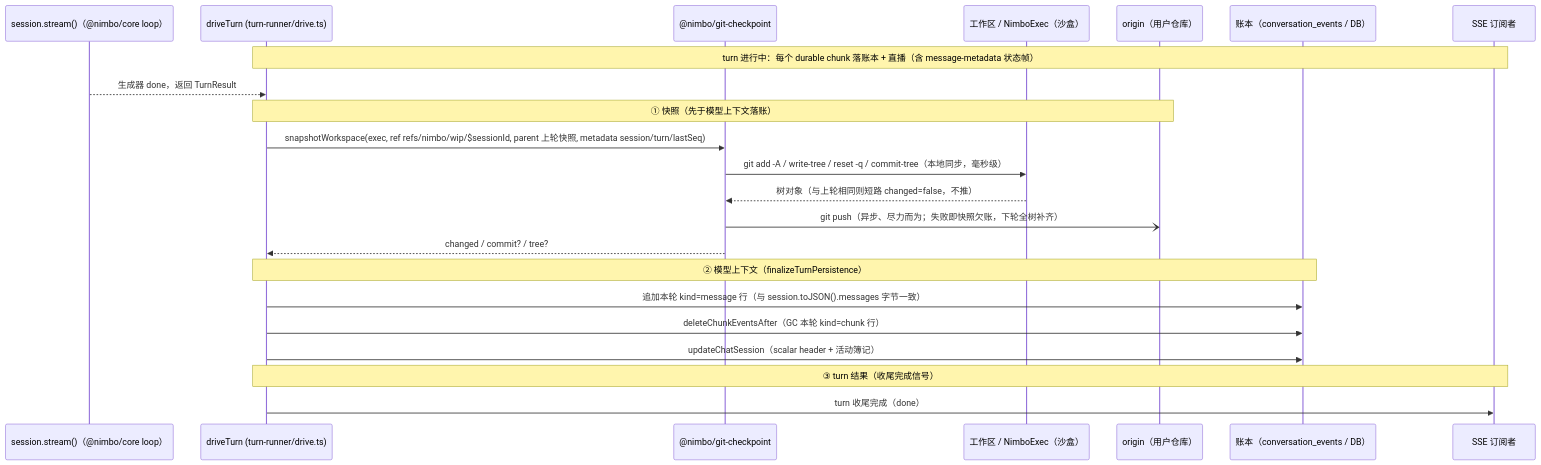
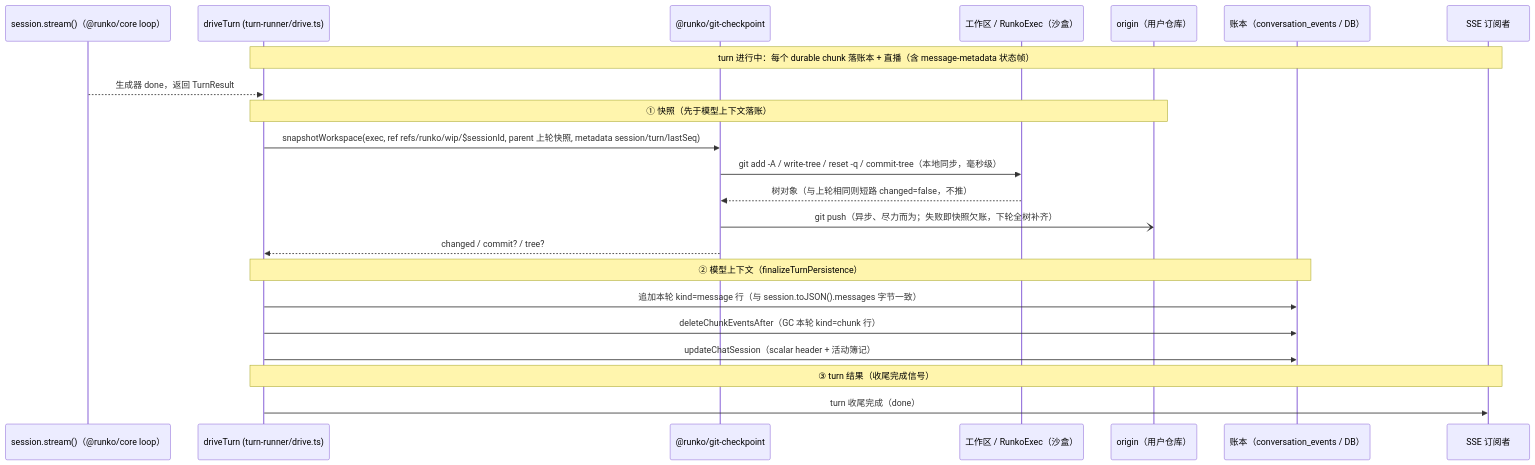
The first of 2 diagrams in docs/logic/orchestration/tech/turn-checkpoint.md (ludafa/runko), drawn with Mermaid before and after one commit. The commit also changed other lines of this file and 450 other files, not shown here.

First line of the commit message:
refactor: 全仓库改名 nimbo → runko，库表名改用 agent_ 前缀

````diff
--- a/docs/logic/orchestration/tech/turn-checkpoint.md
+++ b/docs/logic/orchestration/tech/turn-checkpoint.md
@@ -34,28 +34,28 @@
 ```mermaid
 sequenceDiagram
-    participant Core as session.stream()（@nimbo/core loop）
+    participant Core as session.stream()（@runko/core loop）
     participant Drive as driveTurn (turn-runner/drive.ts)
-    participant CP as @nimbo/git-checkpoint
-    participant Exec as 工作区 / NimboExec（沙盒）
+    participant CP as @runko/git-checkpoint
+    participant Exec as 工作区 / RunkoExec（沙盒）
     participant Origin as origin（用户仓库）
     participant Ledger as 账本（conversation_events / DB）
     participant Client as SSE 订阅者
 
     Note over Drive,Client: turn 进行中：每个 durable chunk 落账本 + 直播（含 message-metadata 状态帧）
     Core-->>Drive: 生成器 done，返回 TurnResult
 
     Note over Drive,Origin: ① 快照（先于模型上下文落账）
-    Drive->>CP: snapshotWorkspace(exec, ref refs/nimbo/wip/$sessionId, parent 上轮快照, metadata session/turn/lastSeq)
+    Drive->>CP: snapshotWorkspace(exec, ref refs/runko/wip/$sessionId, parent 上轮快照, metadata session/turn/lastSeq)
     CP->>Exec: git add -A / write-tree / reset -q / commit-tree（本地同步，毫秒级）
     Exec-->>CP: 树对象（与上轮相同则短路 changed=false，不推）
     CP-)Origin: git push（异步、尽力而为；失败即快照欠账，下轮全树补齐）
     CP-->>Drive: changed / commit? / tree?
 
     Note over Drive,Ledger: ② 模型上下文（finalizeTurnPersistence）
     Drive->>Ledger: 追加本轮 kind=message 行（与 session.toJSON().messages 字节一致）
     Drive->>Ledger: deleteChunkEventsAfter（GC 本轮 kind=chunk 行）
     Drive->>Ledger: updateChatSession（scalar header + 活动簿记）
 
     Note over Drive,Client: ③ turn 结果（收尾完成信号）
     Drive->>Client: turn 收尾完成（done）
 ```
````
